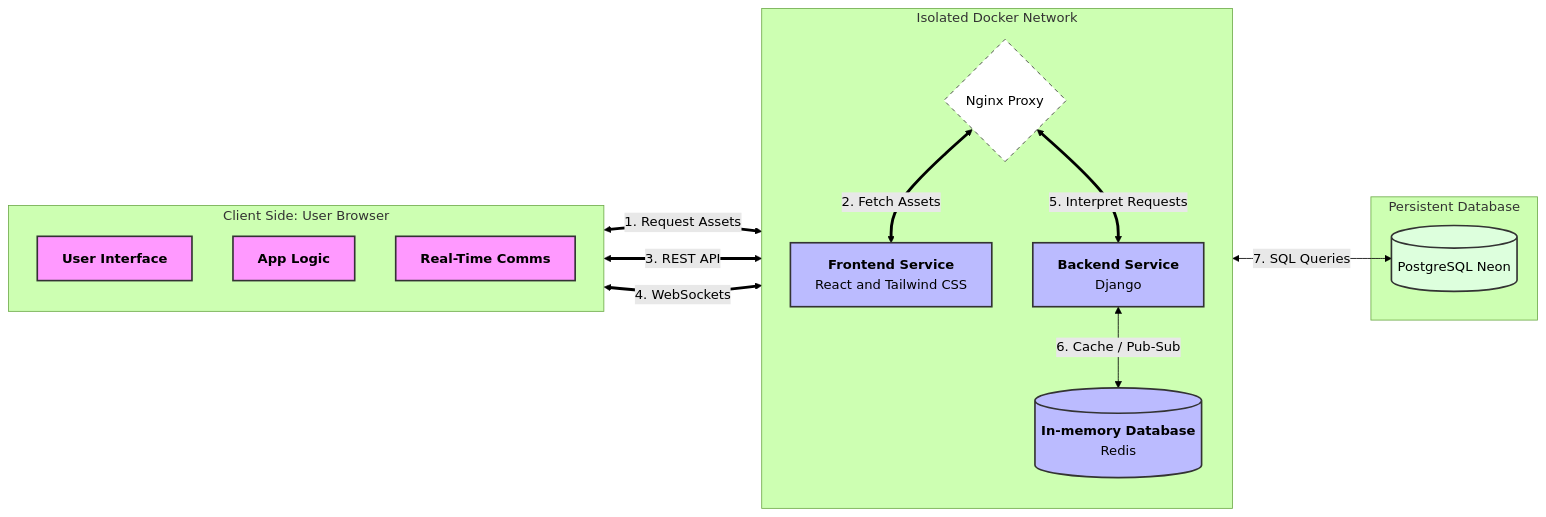
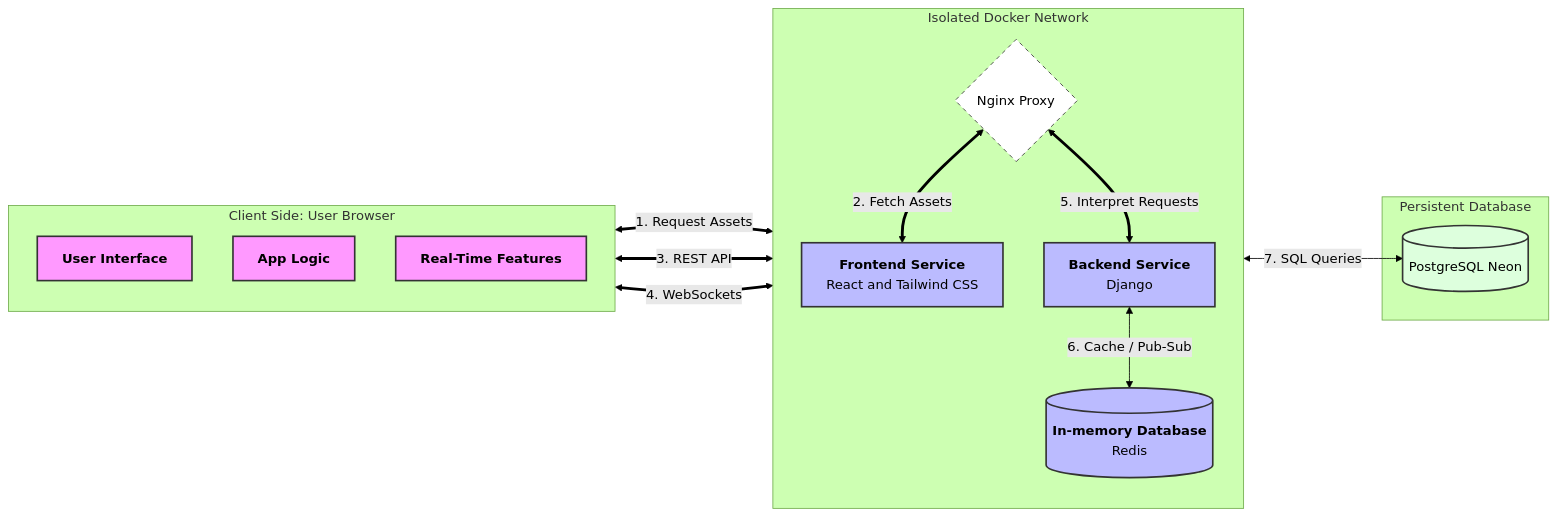
Before and after one commit to antekgorski/ft_transcendence: the first of 2 diagrams in README.md, drawn with Mermaid (forest theme). The commit also changed other lines of this file, not shown here.

Commit message:
Reorganized Mermaid diagram

````diff
--- a/README.md
+++ b/README.md
@@ -70,45 +70,45 @@
 ```mermaid
 flowchart LR
     subgraph Client [Client Side: User Browser]
         direction TB
         UI[<b>User Interface</b>]
         Logic[<b>App Logic</b>]
-        WS_C[<b>Real-Time Comms</b>]
+        WS_C[<b>Real-Time Features</b>]
     end
 
     subgraph Internal [Isolated Docker Network]
         direction TB
         Nginx{Nginx Proxy}
         FE[<b>Frontend Service</b><br/>React and Tailwind CSS]
         BE[<b>Backend Service</b><br/>Django]
         RD[(<b>In-memory Database</b><br/>Redis)]
     end
 
     subgraph Persistence [Persistent Database]
         DB[(PostgreSQL Neon)]
     end
 
     %% Phase 1: Application Loading
     UI <==>|1. Request Assets| Nginx
     Nginx <==>|2. Fetch Assets| FE
 
     %% Phase 2: Runtime API/WS
     Logic <==>|3. REST API| Nginx
     WS_C <==>|4. WebSockets| Nginx
     Nginx <==>|5. Interpret Requests| BE
 
     %% Internal Communication
     BE <-->|6. Cache / Pub-Sub| RD
     BE <-->|7. SQL Queries| DB
 
     %% Styling
     classDef browser fill:#f9f,stroke:#333,stroke-width:2px;
     classDef container fill:#bbf,stroke:#333,stroke-width:2px;
     classDef proxy fill:#fff,stroke:#333,stroke-dasharray: 5 5;
     classDef storage fill:#dfd,stroke:#333,stroke-width:2px;
     
     class UI,Logic,WS_C browser;
     class FE,BE,RD container;
     class Nginx proxy;
     class DB storage;
 ```
````
